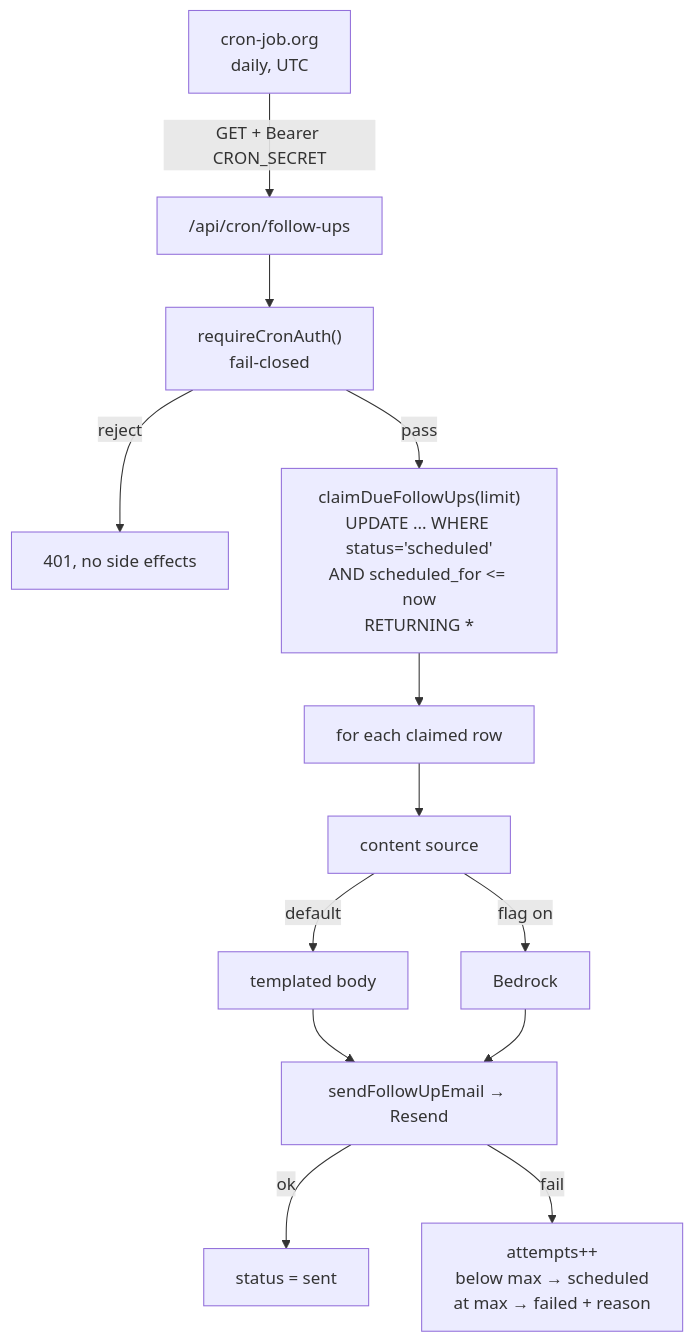
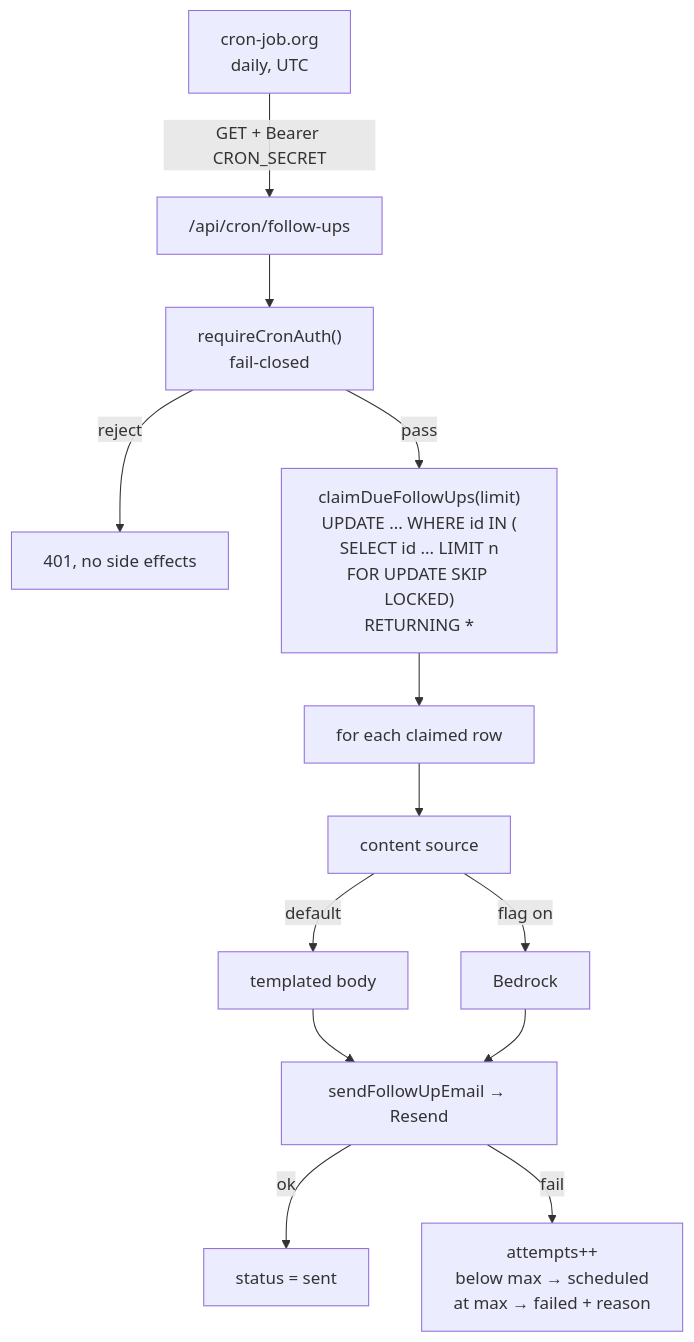
One commit to kfranklin93/JO changed the diagram in .kiro/specs/follow-up-automation/design.md. Above: the diagram before and after it, drawn with Mermaid. The commit also changed other lines of this file and 6 other files, not shown here.

````diff
--- a/.kiro/specs/follow-up-automation/design.md
+++ b/.kiro/specs/follow-up-automation/design.md
@@ -15,15 +15,15 @@
 ```mermaid
 graph TD
     CRON["cron-job.org<br/>daily, UTC"] -->|"GET + Bearer CRON_SECRET"| EP["/api/cron/follow-ups"]
     EP --> AUTH["requireCronAuth()<br/>fail-closed"]
     AUTH -->|reject| E401["401, no side effects"]
-    AUTH -->|pass| CLAIM["claimDueFollowUps(limit)<br/>UPDATE ... WHERE status='scheduled'<br/>AND scheduled_for <= now<br/>RETURNING *"]
+    AUTH -->|pass| CLAIM["claimDueFollowUps(limit)<br/>UPDATE ... WHERE id IN (<br/>SELECT id ... LIMIT n<br/>FOR UPDATE SKIP LOCKED)<br/>RETURNING *"]
     CLAIM --> LOOP["for each claimed row"]
     LOOP --> SRC["content source"]
     SRC -->|default| TPL["templated body"]
     SRC -->|flag on| AI["Bedrock"]
     TPL --> SEND["sendFollowUpEmail → Resend"]
     AI --> SEND
     SEND -->|ok| MS["status = sent"]
     SEND -->|fail| RT["attempts++<br/>below max → scheduled<br/>at max → failed + reason"]
 ```
````
